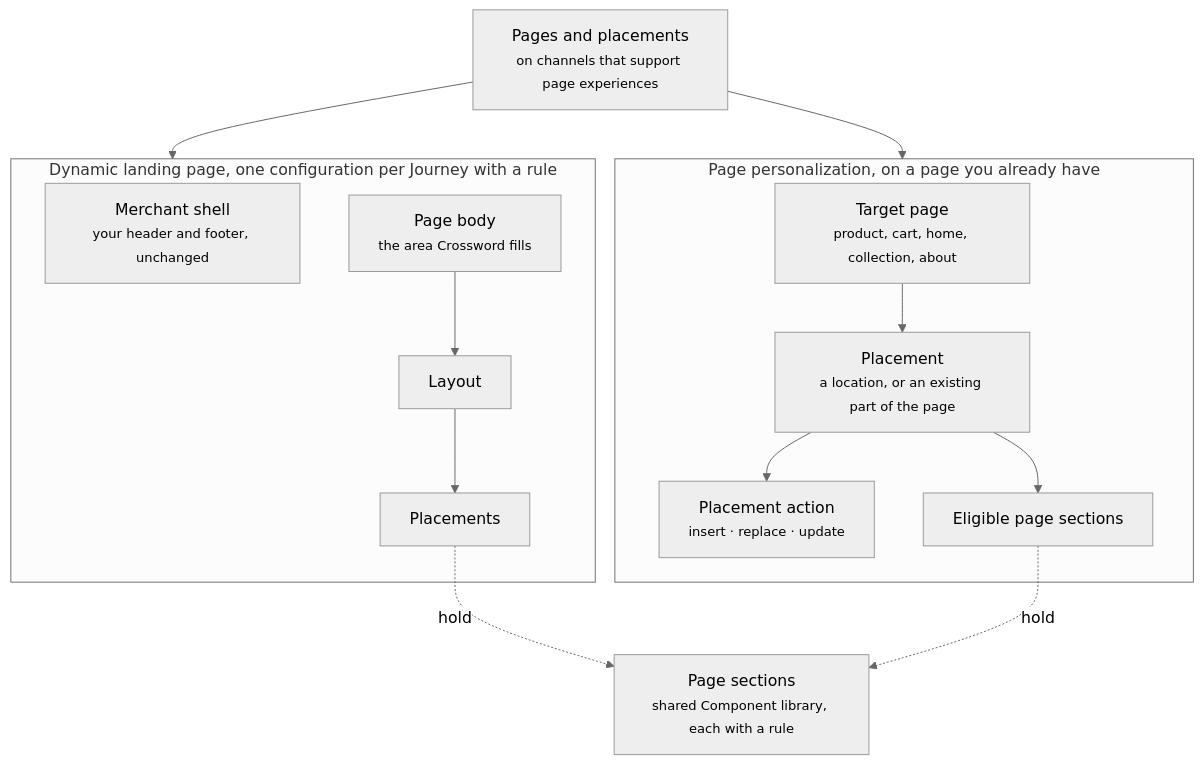
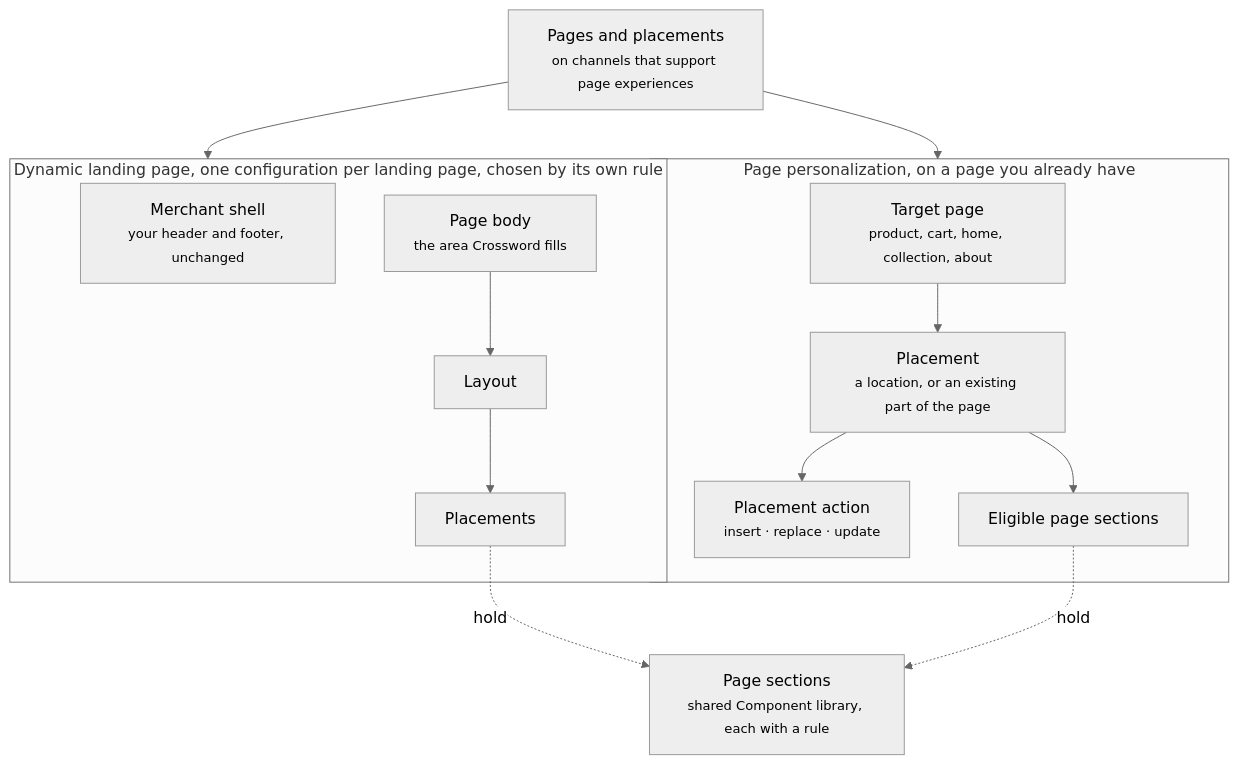
Before and after one commit to crossword-ai/docs: the diagram in orchestration/pages-and-placements.mdx, drawn with Mermaid (neutral theme). The commit also changed other lines of this file and 89 other files, not shown here.

````diff
--- a/orchestration/pages-and-placements.mdx
+++ b/orchestration/pages-and-placements.mdx
@@ -14,21 +14,21 @@
 ```mermaid
 flowchart TB
   PPL["Pages and placements<br/><small>on channels that support page experiences</small>"]
   PPL --> DLP
   PPL --> PERS
-  subgraph DLP["Dynamic landing page, one configuration per Journey with a rule"]
+  subgraph DLP["Dynamic landing page, one configuration per landing page, chosen by its own rule"]
     SHELL["Merchant shell<br/><small>your header and footer, unchanged</small>"]
     BODY["Page body<br/><small>the area Crossword fills</small>"]
     BODY --> LAY["Layout"]
     LAY --> PL1["Placements"]
   end
   subgraph PERS["Page personalization, on a page you already have"]
     TP["Target page<br/><small>product, cart, home, collection, about</small>"]
     TP --> PL2["Placement<br/><small>a location, or an existing part of the page</small>"]
     PL2 --> ACT["Placement action<br/><small>insert · replace · update</small>"]
     PL2 --> ELIG["Eligible page sections"]
   end
   SECT["Page sections<br/><small>shared Component library, each with a rule</small>"]
   PL1 -. "hold" .-> SECT
   ELIG -. "hold" .-> SECT
 ```
````
